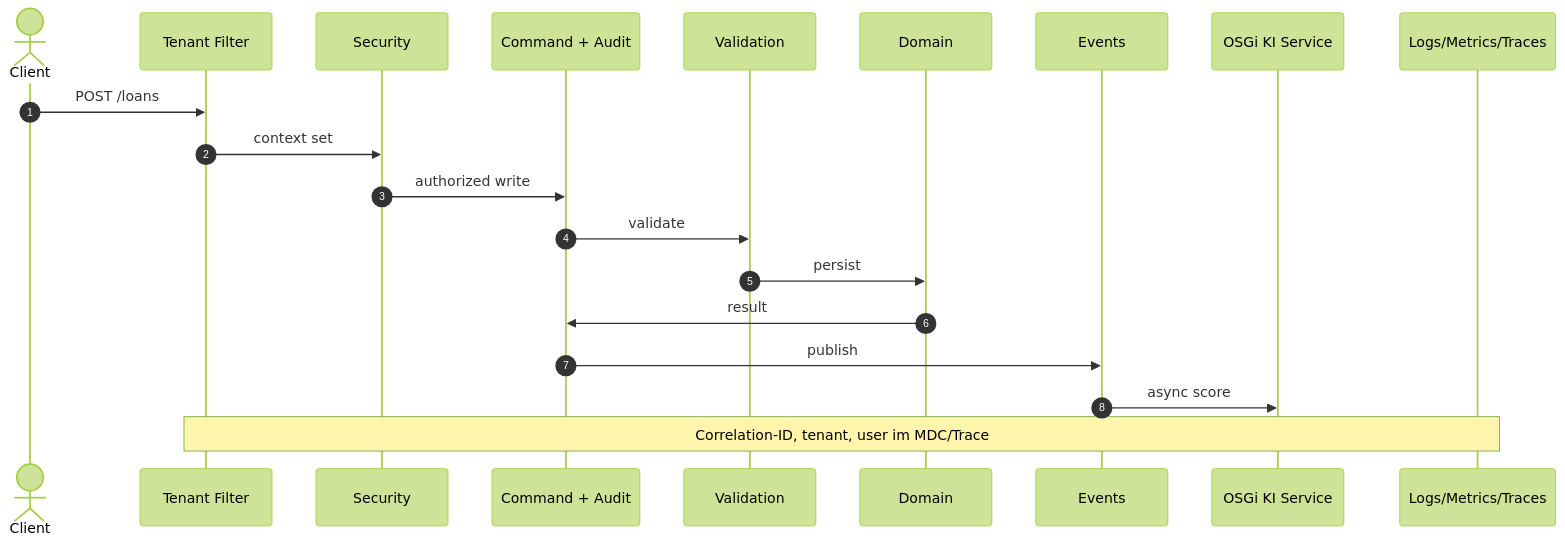
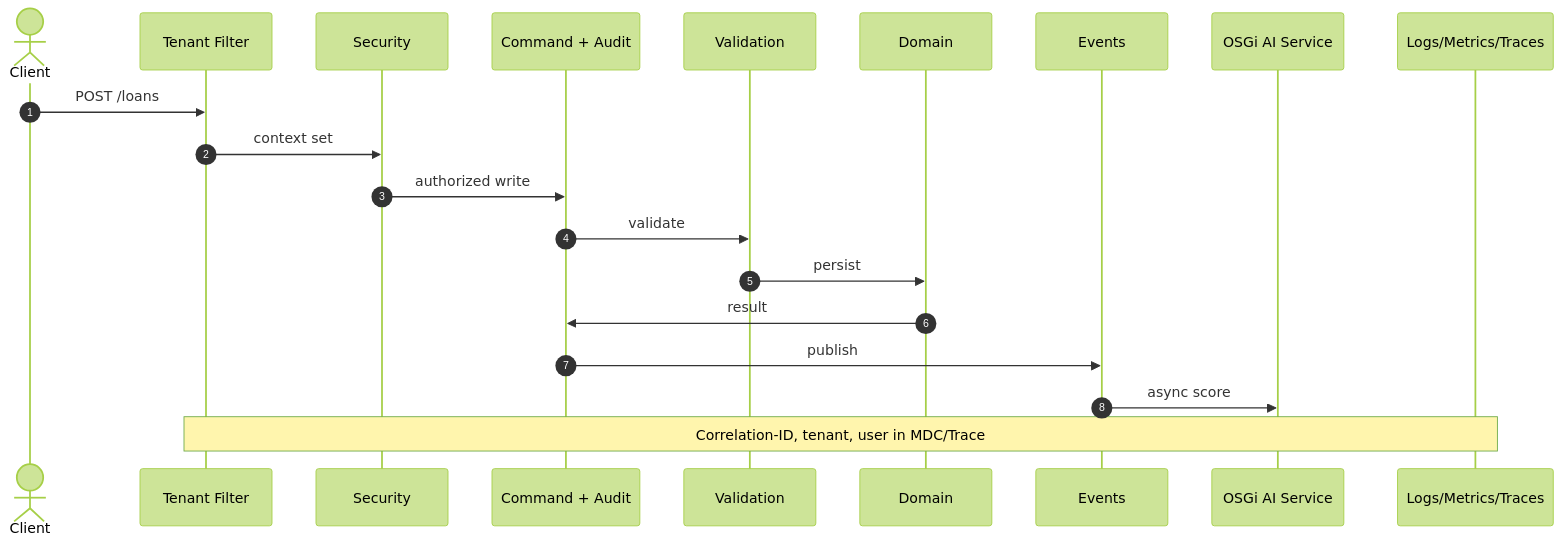
Before and after one commit to RainerMaxWallscheid/fineract-osgi: diagram 11 of 11 in docs/arc42/06_crosscutting_concepts.md, drawn with Mermaid (forest theme). The commit also changed other lines of this file and 38 other files, not shown here.

````diff
--- a/docs/arc42/06_crosscutting_concepts.md
+++ b/docs/arc42/06_crosscutting_concepts.md
@@ -724,23 +724,23 @@
 ```mermaid
 sequenceDiagram
     autonumber
     actor Client
     participant Ten as Tenant Filter
     participant Sec as Security
     participant Cmd as Command + Audit
     participant Val as Validation
     participant Dom as Domain
     participant Evt as Events
-    participant OSGi as OSGi KI Service
+    participant OSGi as OSGi AI Service
     participant Obs as Logs/Metrics/Traces
 
     Client->>Ten: POST /loans
     Ten->>Sec: context set
     Sec->>Cmd: authorized write
     Cmd->>Val: validate
     Val->>Dom: persist
     Dom->>Cmd: result
     Cmd->>Evt: publish
     Evt->>OSGi: async score
-    Note over Ten,Obs: Correlation-ID, tenant, user im MDC/Trace
+    Note over Ten,Obs: Correlation-ID, tenant, user in MDC/Trace
 ```
````
